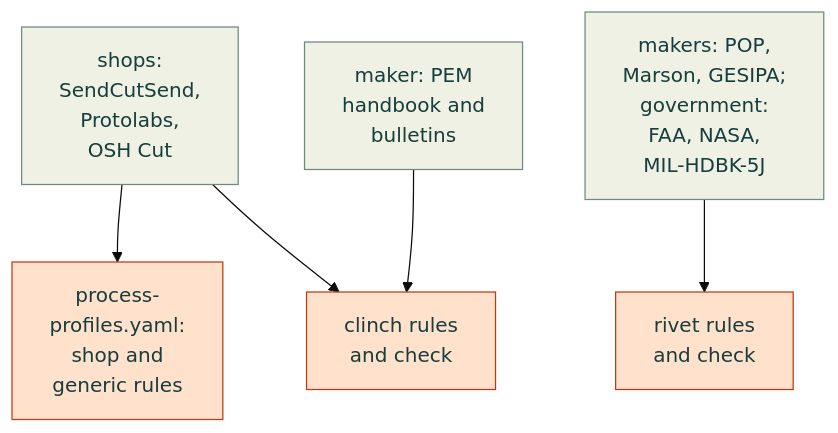
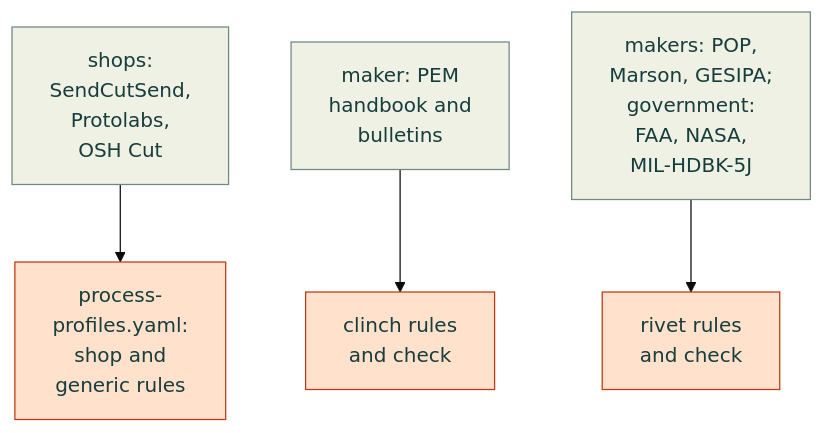
Before and after one commit to Valpatel/cad-agent: the first of 3 diagrams in research/sheet-metal-guides.md, drawn with Mermaid (base theme). The commit also changed other lines of this file and 1 other file, not shown here.

````diff
--- a/research/sheet-metal-guides.md
+++ b/research/sheet-metal-guides.md
@@ -22,12 +23,11 @@
 ```mermaid
 flowchart TD
     S["shops:<br/>SendCutSend,<br/>Protolabs,<br/>OSH Cut"] --> P["process-<br/>profiles.yaml:<br/>shop and<br/>generic rules"]
     H["maker: PEM<br/>handbook and<br/>bulletins"] --> C["clinch rules<br/>and check"]
     V["makers: POP,<br/>Marson, GESIPA;<br/>government:<br/>FAA, NASA,<br/>MIL-HDBK-5J"] --> K["rivet rules<br/>and check"]
-    S --> C
     classDef here fill:#fffdf5,stroke:#173d3c,color:#173d3c
     classDef near fill:#eef1e4,stroke:#6f8a80,color:#173d3c
     classDef out fill:#ffe1cc,stroke:#bd3a12,color:#173d3c
     class S,H,V near
     class P,C,K out
 ```
````
